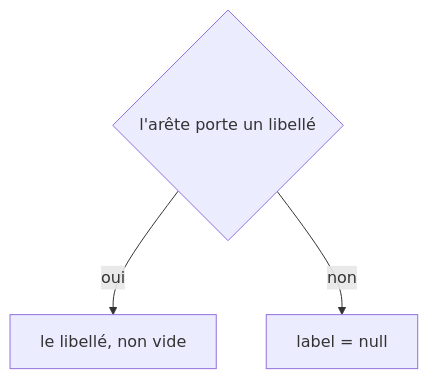
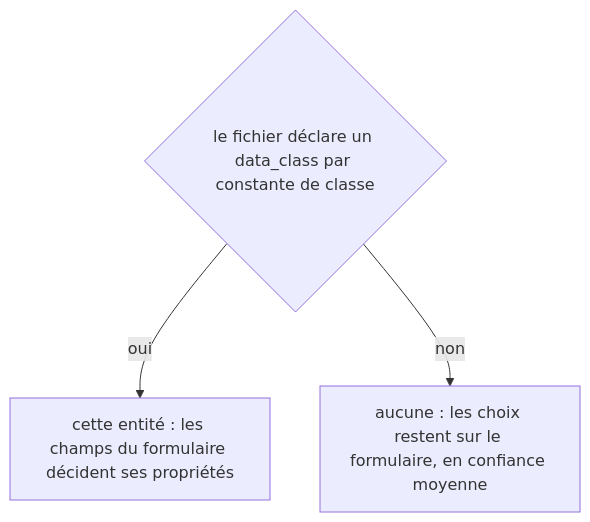
The ninth of 9 diagrams in docs/workflows/commands/workflows.inspect.md (jul6art/devtools), drawn with Mermaid before and after one commit. The commit also changed other lines of this file and 98 other files, not shown here.

````diff
--- a/docs/workflows/commands/workflows.inspect.md
+++ b/docs/workflows/commands/workflows.inspect.md
@@ -111,6 +107,6 @@
 ```mermaid
 flowchart TD
-  d1{"l'arête porte un libellé"}
-  d1 -->|oui| v1["le libellé, non vide"]
-  d1 -->|non| v2["label = null"]
+  d1{"le fichier déclare un data_class par constante de classe"}
+  d1 -->|oui| v1["cette entité : les champs du formulaire décident ses propriétés"]
+  d1 -->|non| v2["aucune : les choix restent sur le formulaire, en confiance moyenne"]
 ```
````
